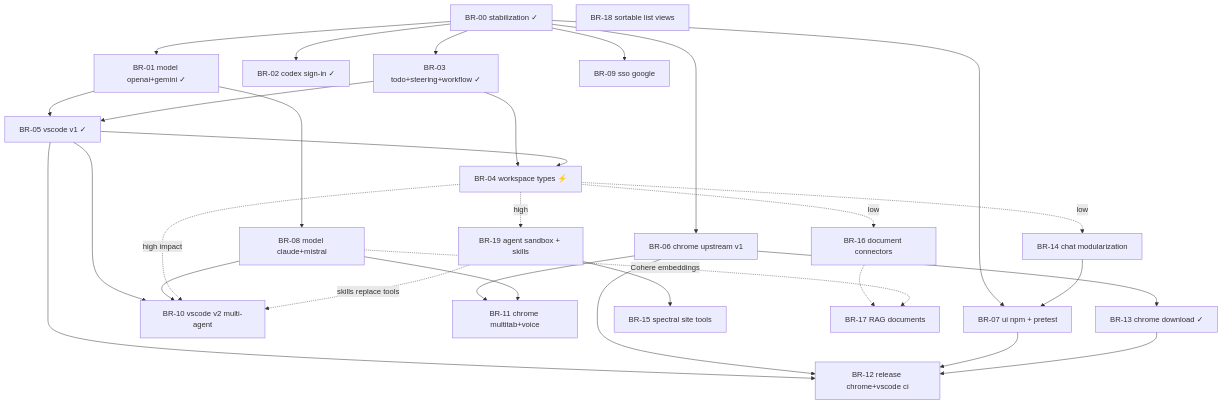
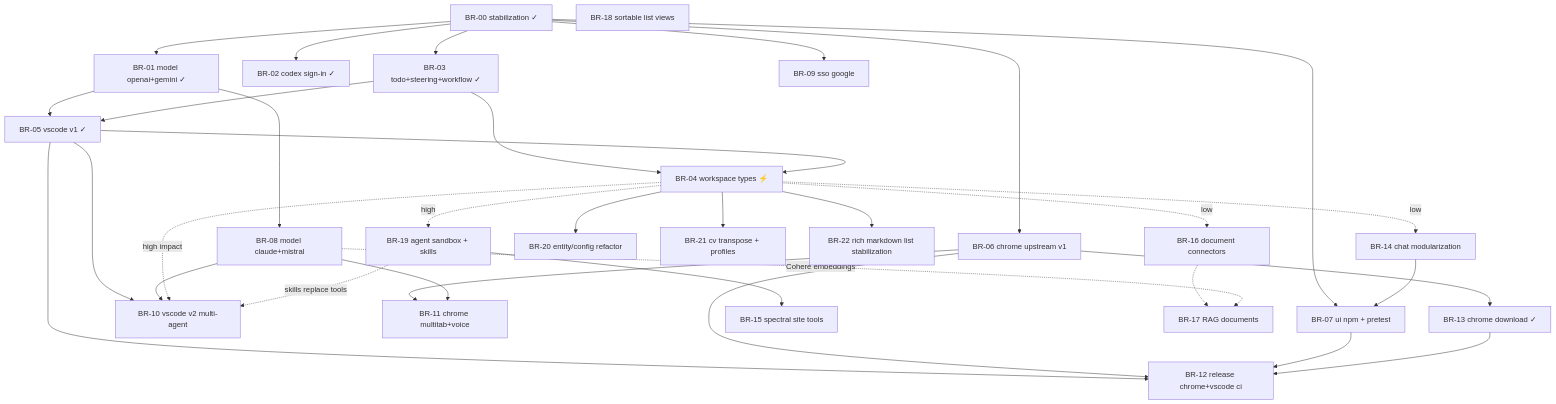
The diagram in PLAN.md (rhanka/sentropic), drawn with Mermaid before and after one commit. The commit also changed other lines of this file and 2 other files, not shown here.

Commit message:
docs: plan br22 markdown list stabilization follow-up

````diff
--- a/PLAN.md
+++ b/PLAN.md
@@ -63,54 +66,60 @@
 ```mermaid
 graph TD
   BR00[BR-00 stabilization ✓]
   BR01[BR-01 model openai+gemini ✓]
   BR02[BR-02 codex sign-in ✓]
   BR03[BR-03 todo+steering+workflow ✓]
   BR04[BR-04 workspace types ⚡]
   BR05[BR-05 vscode v1 ✓]
   BR06[BR-06 chrome upstream v1]
   BR07[BR-07 ui npm + pretest]
   BR08[BR-08 model claude+mistral]
   BR09[BR-09 sso google]
   BR10[BR-10 vscode v2 multi-agent]
   BR11[BR-11 chrome multitab+voice]
   BR12[BR-12 release chrome+vscode ci]
   BR13[BR-13 chrome download ✓]
   BR14[BR-14 chat modularization]
   BR15[BR-15 spectral site tools]
   BR16[BR-16 document connectors]
   BR17[BR-17 RAG documents]
   BR18[BR-18 sortable list views]
   BR19[BR-19 agent sandbox + skills]
+  BR20[BR-20 entity/config refactor]
+  BR21[BR-21 cv transpose + profiles]
+  BR22[BR-22 rich markdown list stabilization]
 
   BR00 --> BR01
   BR00 --> BR02
   BR00 --> BR03
   BR03 --> BR04
   BR05 --> BR04
   BR01 --> BR05
   BR03 --> BR05
   BR00 --> BR06
   BR00 --> BR07
   BR14 --> BR07
   BR06 --> BR13
 
   BR01 --> BR08
   BR00 --> BR09
   BR05 --> BR10
   BR08 --> BR10
   BR04 -.->|high impact| BR10
   BR06 --> BR11
   BR08 --> BR11
   BR05 --> BR12
   BR06 --> BR12
   BR07 --> BR12
   BR13 --> BR12
   BR04 -.->|low| BR14
   BR04 -.->|low| BR16
   BR16 -.-> BR17
   BR08 -.->|Cohere embeddings| BR17
   BR04 -.->|high| BR19
   BR19 --> BR15
   BR19 -.->|skills replace tools| BR10
+  BR04 --> BR20
+  BR04 --> BR21
+  BR04 --> BR22
 ```
````
